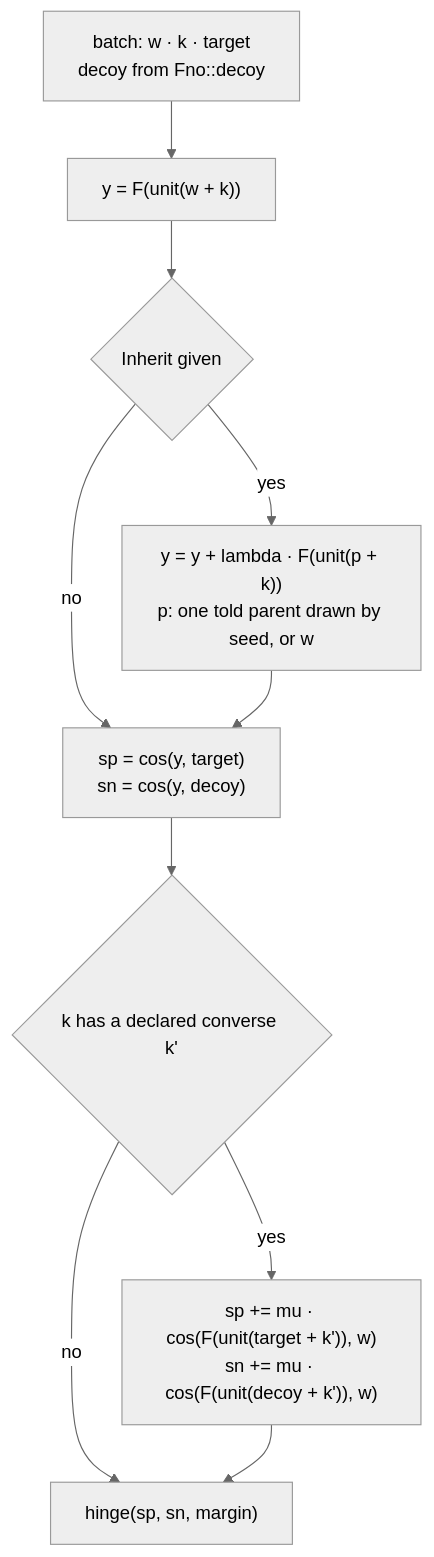
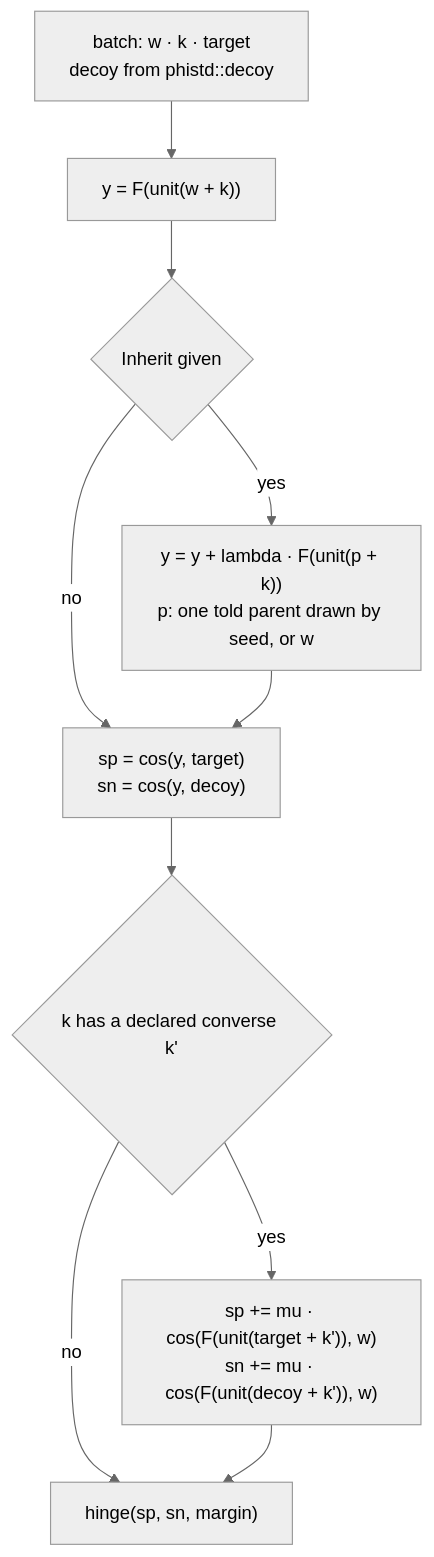
Before and after one commit to gemphi/phinet: the fifth of 8 diagrams in docs/phical/relate.md, drawn with Mermaid (neutral theme). The commit also changed 105 other files, not shown here.

````diff
--- a/docs/phical/relate.md
+++ b/docs/phical/relate.md
@@ -64,12 +64,12 @@
 ```mermaid
 flowchart TD
-    rows["batch: w · k · target<br/>decoy from Fno::decoy"] --> y["y = F(unit(w + k))"]
+    rows["batch: w · k · target<br/>decoy from phistd::decoy"] --> y["y = F(unit(w + k))"]
     y --> inh{"Inherit given"}
     inh -->|"yes"| yp["y = y + lambda · F(unit(p + k))<br/>p: one told parent drawn by seed, or w"]
     inh -->|"no"| sc["sp = cos(y, target)<br/>sn = cos(y, decoy)"]
     yp --> sc
     sc --> cv{"k has a declared converse k'"}
     cv -->|"yes"| bk["sp += mu · cos(F(unit(target + k')), w)<br/>sn += mu · cos(F(unit(decoy + k')), w)"]
     cv -->|"no"| h["hinge(sp, sn, margin)"]
     bk --> h
 ```
````
